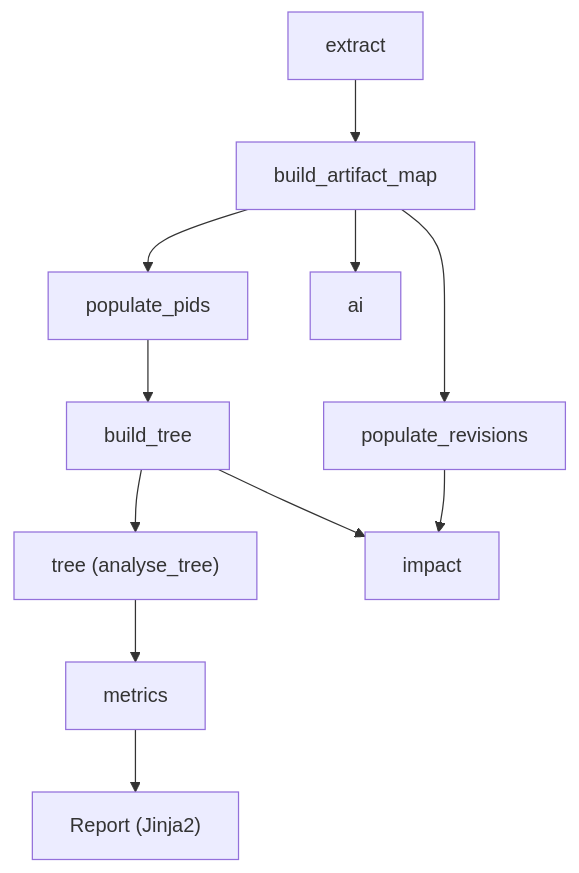
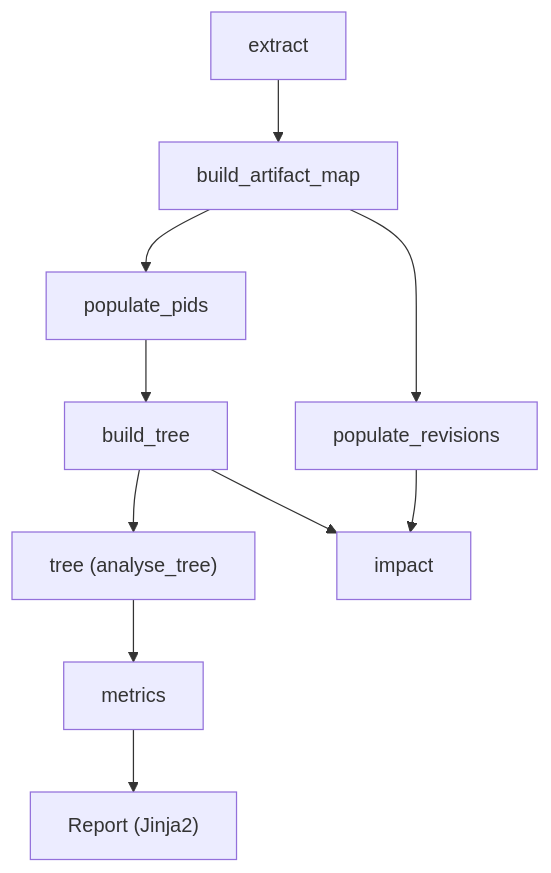
One commit to flyvercity/syntagmax changed the second of 13 diagrams in docs/reference/internal.md. Above: the diagram before and after it, drawn with Mermaid. The commit also changed other lines of this file and 43 other files, not shown here.

````diff
--- a/docs/reference/internal.md
+++ b/docs/reference/internal.md
@@ -49,13 +49,12 @@
 ```mermaid
 flowchart TD
     extract --> build_artifact_map
     build_artifact_map --> populate_pids
     build_artifact_map --> populate_revisions
-    build_artifact_map --> ai
     populate_pids --> build_tree
     build_tree --> tree["tree (analyse_tree)"]
     build_tree --> impact
     populate_revisions --> impact
     tree --> metrics
     metrics --> Report["Report (Jinja2)"]
 ```
````
